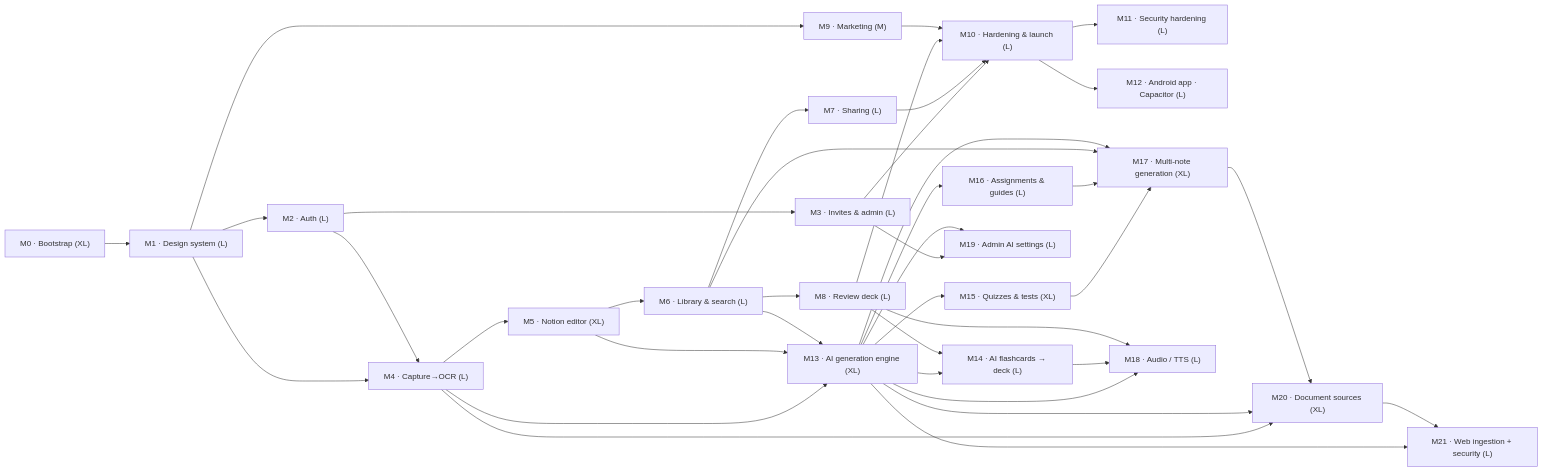
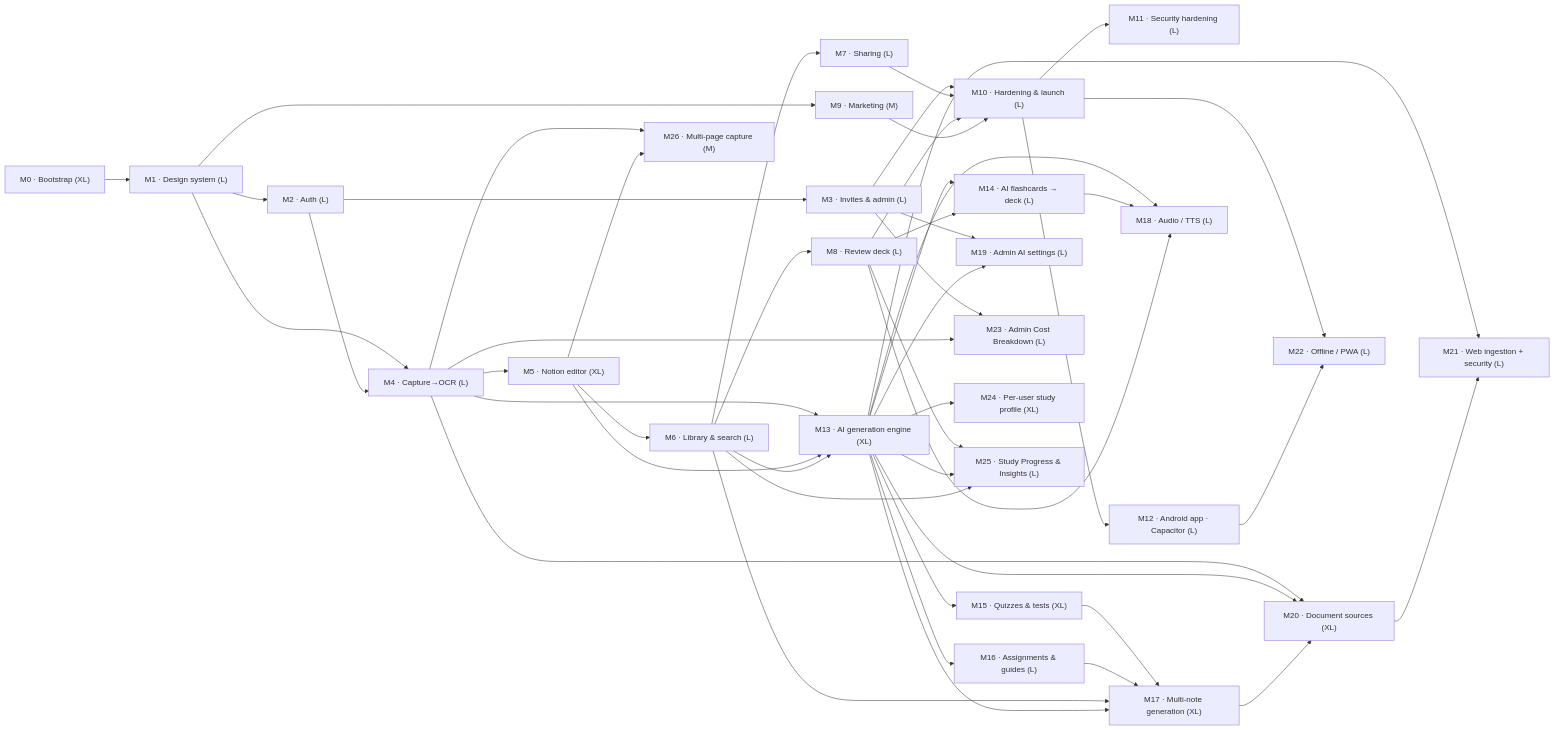
Before and after one commit to jasonp2323/transformmynotes: the first of 2 diagrams in docs/milestones/ROADMAP.md, drawn with Mermaid. The commit also changed other lines of this file and 3 other files, not shown here.

````diff
--- a/docs/milestones/ROADMAP.md
+++ b/docs/milestones/ROADMAP.md
@@ -18,40 +18,50 @@
 ```mermaid
 flowchart LR
   M0["M0 · Bootstrap (XL)"] --> M1["M1 · Design system (L)"]
   M1 --> M2["M2 · Auth (L)"]
   M1 --> M9["M9 · Marketing (M)"]
   M1 --> M4["M4 · Capture→OCR (L)"]
   M2 --> M3["M3 · Invites & admin (L)"]
   M2 --> M4
   M4 --> M5["M5 · Notion editor (XL)"]
   M5 --> M6["M6 · Library & search (L)"]
   M6 --> M7["M7 · Sharing (L)"]
   M6 --> M8["M8 · Review deck (L)"]
   M3 --> M10["M10 · Hardening & launch (L)"]
   M7 --> M10
   M8 --> M10
   M9 --> M10
   M10 --> M11["M11 · Security hardening (L)"]
   M10 --> M12["M12 · Android app · Capacitor (L)"]
   M4 --> M13["M13 · AI generation engine (XL)"]
   M5 --> M13
   M6 --> M13
   M13 --> M14["M14 · AI flashcards → deck (L)"]
   M8 --> M14
   M13 --> M15["M15 · Quizzes & tests (XL)"]
   M13 --> M16["M16 · Assignments & guides (L)"]
   M15 --> M17["M17 · Multi-note generation (XL)"]
   M16 --> M17
   M6 --> M17
   M13 --> M17
   M13 --> M18["M18 · Audio / TTS (L)"]
   M14 --> M18
   M8 --> M18
   M3 --> M19["M19 · Admin AI settings (L)"]
   M13 --> M19
   M4 --> M20["M20 · Document sources (XL)"]
   M13 --> M20
   M17 --> M20
   M13 --> M21["M21 · Web ingestion + security (L)"]
   M20 --> M21
+  M10 --> M22["M22 · Offline / PWA (L)"]
+  M12 --> M22
+  M3 --> M23["M23 · Admin Cost Breakdown (L)"]
+  M4 --> M23
+  M13 --> M24["M24 · Per-user study profile (XL)"]
+  M8 --> M25["M25 · Study Progress & Insights (L)"]
+  M13 --> M25
+  M6 --> M25
+  M4 --> M26["M26 · Multi-page capture (M)"]
+  M5 --> M26
 ```
````
